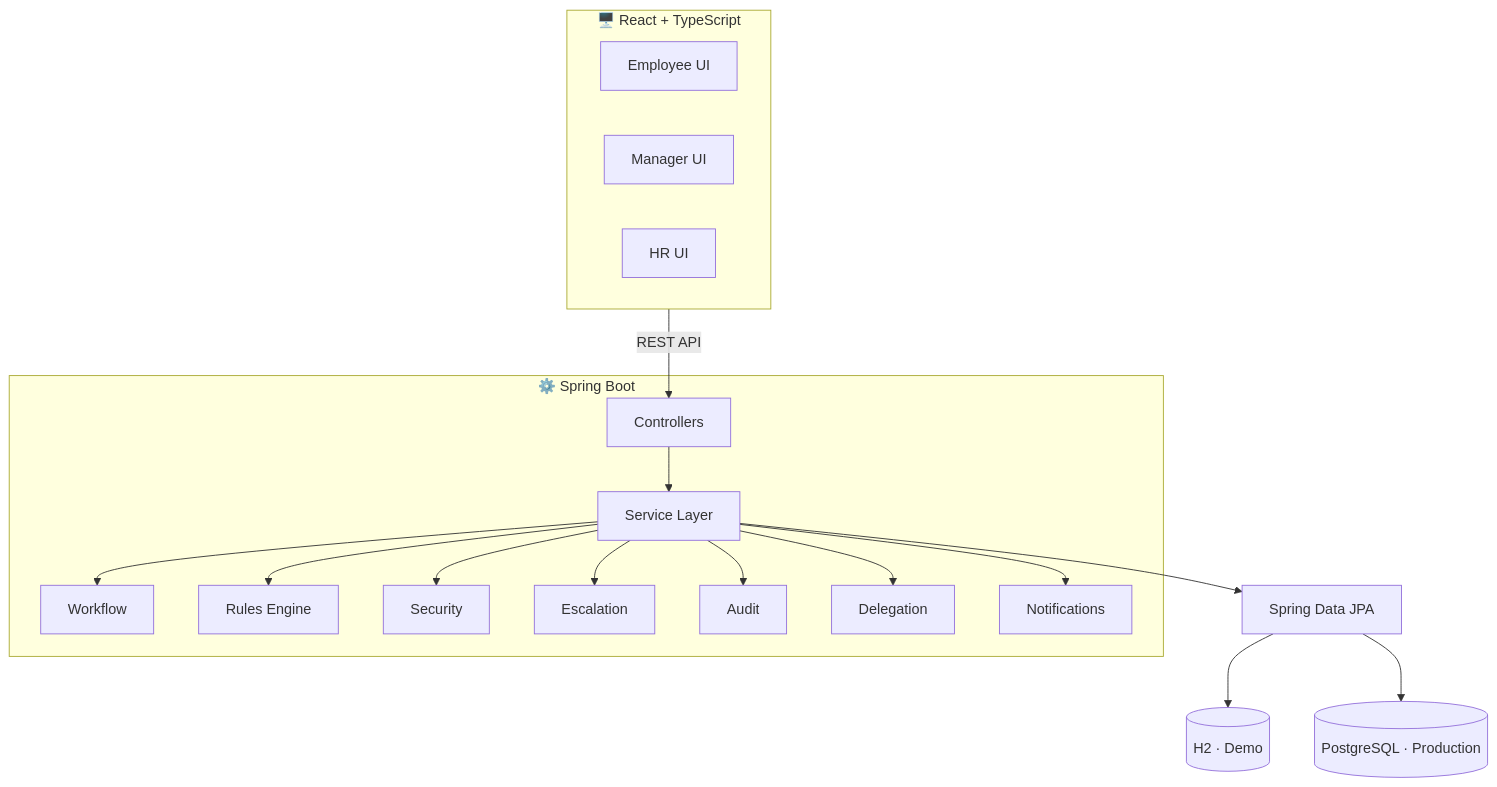
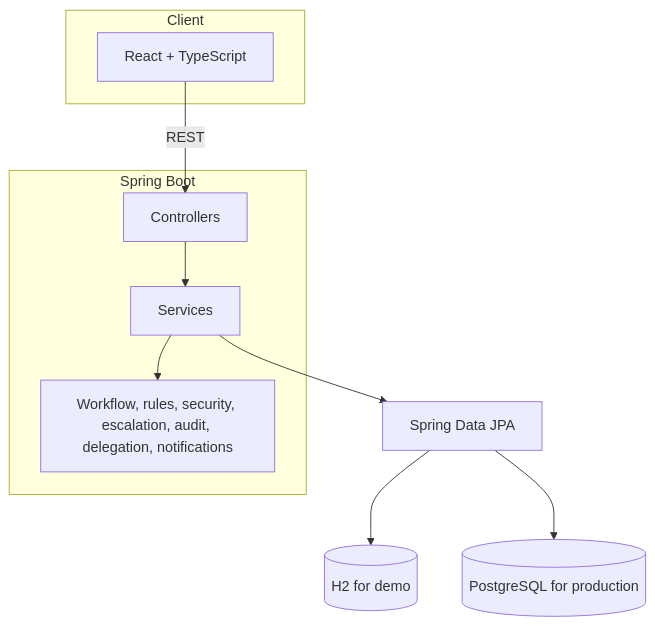
The second of 2 diagrams in README.md (Keerthana-786/leave-management), drawn with Mermaid before and after one commit. The commit also changed other lines of this file, not shown here.

````diff
--- a/README.md
+++ b/README.md
@@ -206,22 +128,14 @@
 ```mermaid
 flowchart TB
-    subgraph FE["🖥️ React + TypeScript"]
-        E1[Employee UI]
-        E2[Manager UI]
-        E3[HR UI]
+    subgraph Client
+        UI[React + TypeScript]
     end
-    subgraph BE["⚙️ Spring Boot"]
-        C[Controllers] --> S[Service Layer]
-        S --> W[Workflow]
-        S --> R[Rules Engine]
-        S --> SE[Security]
-        S --> ES[Escalation]
-        S --> AU[Audit]
-        S --> DE[Delegation]
-        S --> NO[Notifications]
+    subgraph Server[Spring Boot]
+        C[Controllers] --> S[Services]
+        S --> M[Workflow, rules, security, escalation, audit, delegation, notifications]
     end
-    FE -- REST API --> C
+    UI -->|REST| C
     S --> J[Spring Data JPA]
-    J --> H2[(H2 · Demo)]
-    J --> PG[(PostgreSQL · Production)]
+    J --> H2[(H2 for demo)]
+    J --> PG[(PostgreSQL for production)]
 ```
````
